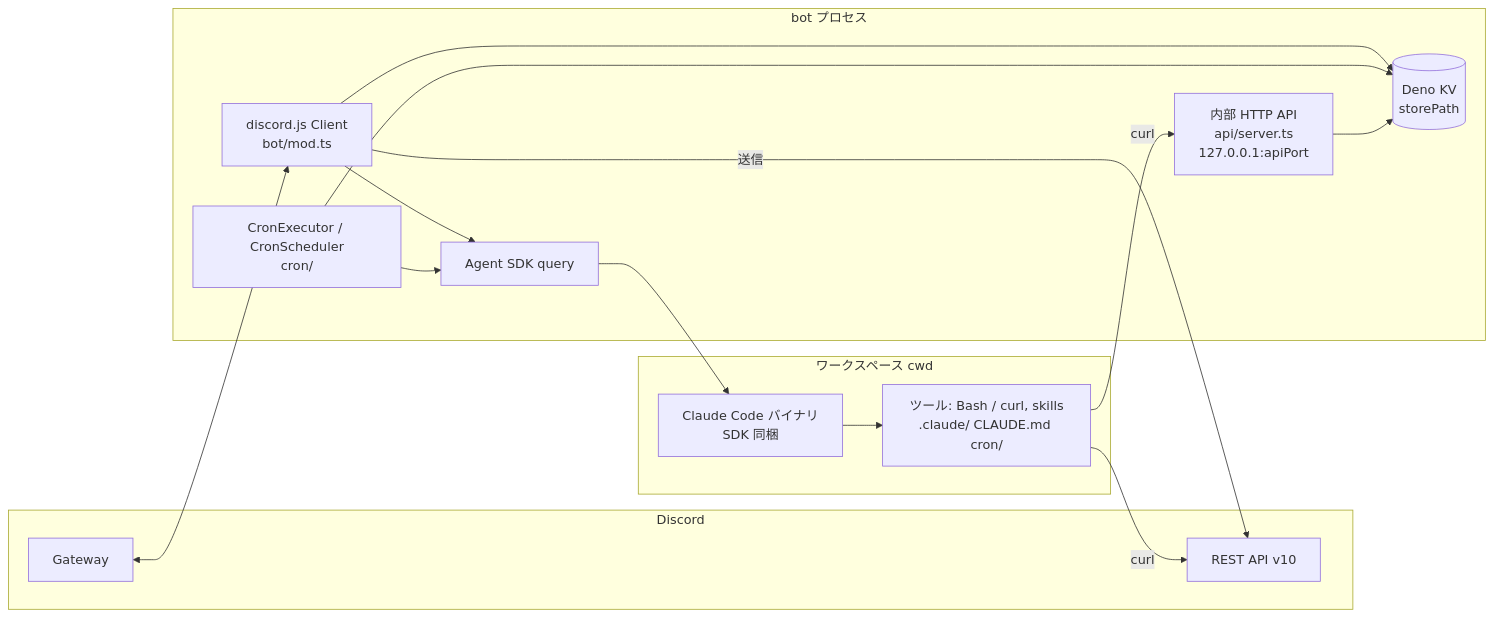
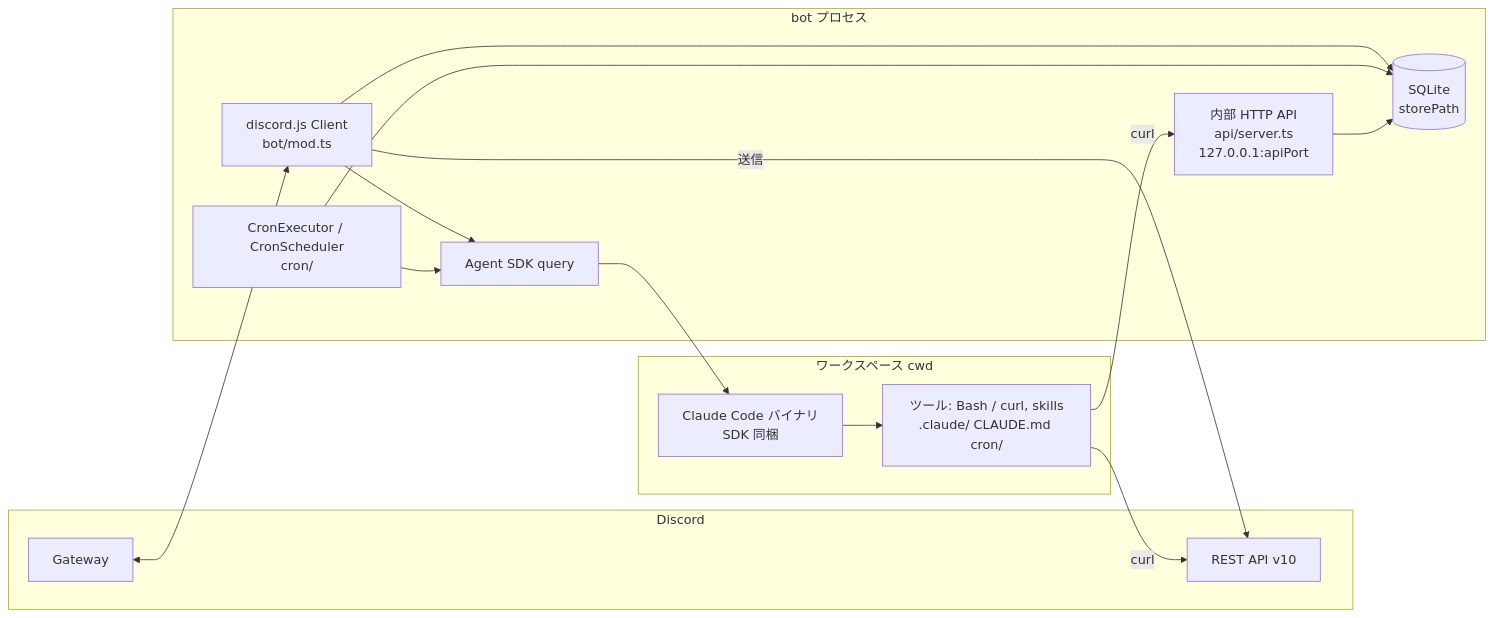
One commit to ansanloms/loms-claw changed the first of 2 diagrams in docs/architecture/README.md. Above: the diagram before and after it, drawn with Mermaid. The commit also changed other lines of this file and 88 other files, not shown here.

````diff
--- a/docs/architecture/README.md
+++ b/docs/architecture/README.md
@@ -37,32 +37,32 @@
 ```mermaid
 flowchart LR
   subgraph discord[Discord]
     gw[Gateway]
     rest[REST API v10]
   end
 
   subgraph proc[bot プロセス]
     client[discord.js Client<br/>bot/mod.ts]
     cron[CronExecutor / CronScheduler<br/>cron/]
     api[内部 HTTP API<br/>api/server.ts<br/>127.0.0.1:apiPort]
-    kv[(Deno KV<br/>storePath)]
+    kv[(SQLite<br/>storePath)]
     sdk[Agent SDK query]
   end
 
   subgraph ws[ワークスペース cwd]
     cc[Claude Code バイナリ<br/>SDK 同梱]
     tools[ツール: Bash / curl, skills<br/>.claude/ CLAUDE.md cron/]
   end
 
   gw <--> client
   client --> sdk
   cron --> sdk
   client --> kv
   cron --> kv
   api --> kv
   sdk --> cc
   cc --> tools
   tools -->|curl| rest
   tools -->|curl| api
   client -->|送信| rest
 ```
````
